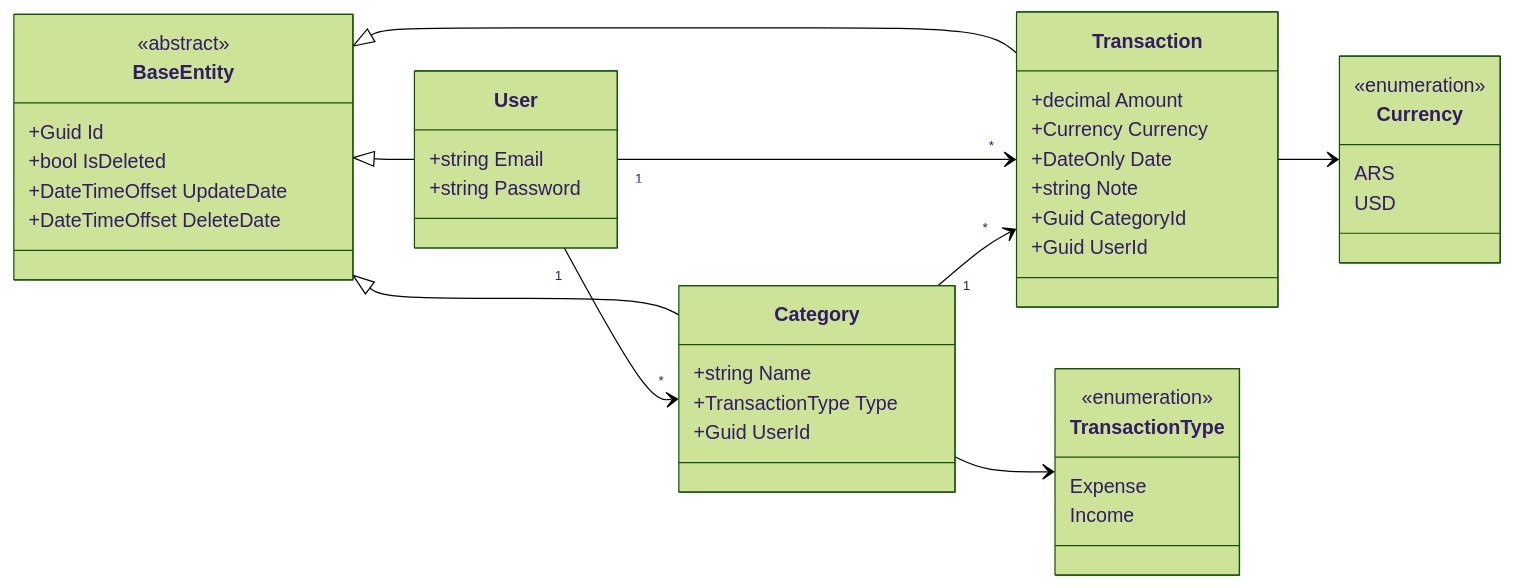
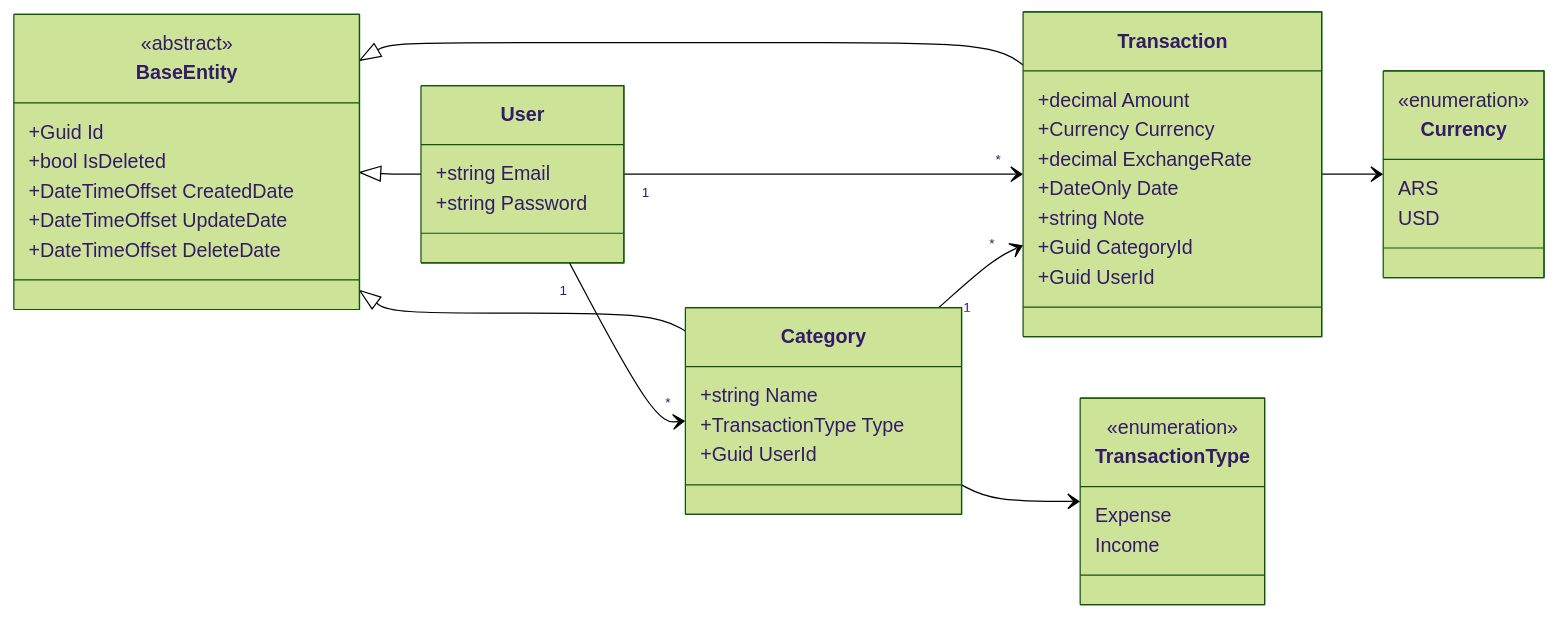
Before and after one commit to Agustin-Sentis/GestionApp: the diagram in gastos/docs/diagrama.mmd, drawn with Mermaid (forest theme). The commit also changed 9 other files, not shown here.

```diff
--- a/gastos/docs/diagrama.mmd
+++ b/gastos/docs/diagrama.mmd
@@ -1,51 +1,53 @@
 classDiagram
     direction LR
 
     class BaseEntity {
         <<abstract>>
         +Guid Id
         +bool IsDeleted
+        +DateTimeOffset CreatedDate
         +DateTimeOffset UpdateDate
         +DateTimeOffset DeleteDate
     }
 
     class User {
         +string Email
         +string Password
     }
 
     class Category {
         +string Name
         +TransactionType Type
         +Guid UserId
     }
 
     class Transaction {
         +decimal Amount
         +Currency Currency
+        +decimal ExchangeRate
         +DateOnly Date
         +string Note
         +Guid CategoryId
         +Guid UserId
     }
 
     class TransactionType {
         <<enumeration>>
         Expense
         Income
     }
 
     class Currency {
         <<enumeration>>
         ARS
         USD
     }
 
     BaseEntity <|-- User
     BaseEntity <|-- Category
     BaseEntity <|-- Transaction
     User "1" --> "*" Category
     User "1" --> "*" Transaction
     Category "1" --> "*" Transaction
     Category --> TransactionType
     Transaction --> Currency
```
